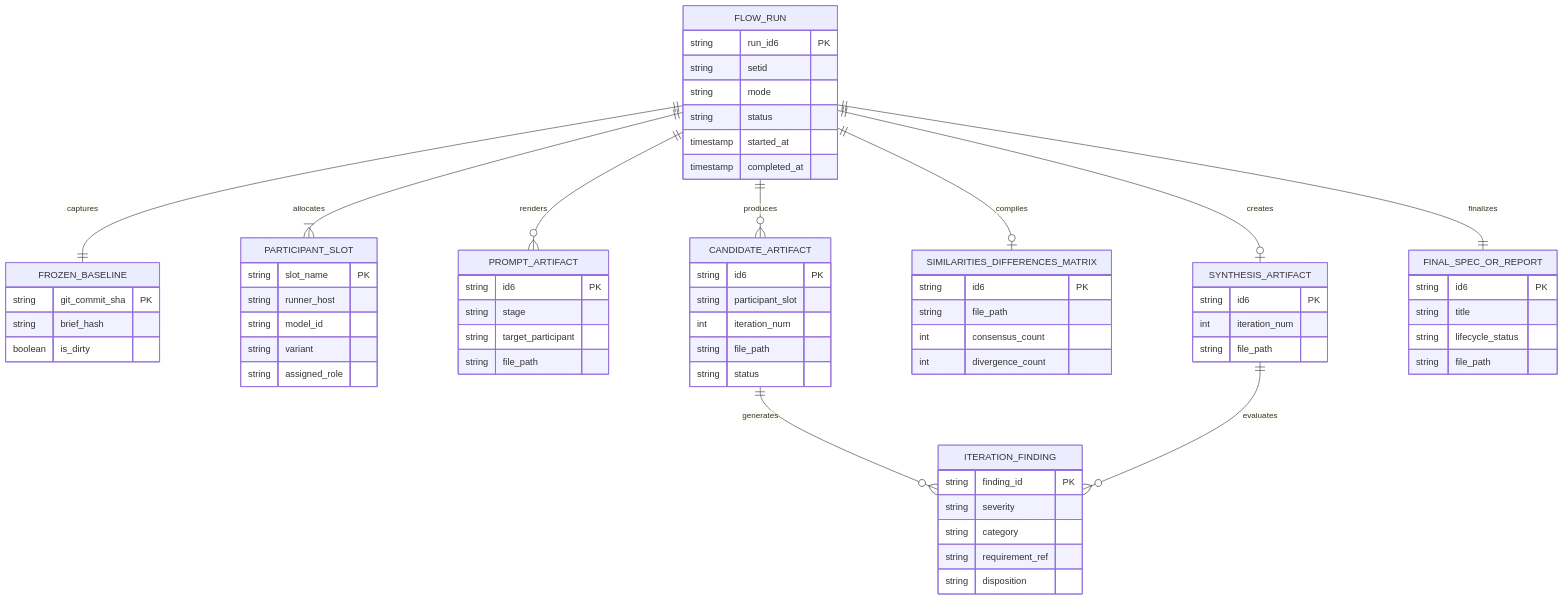
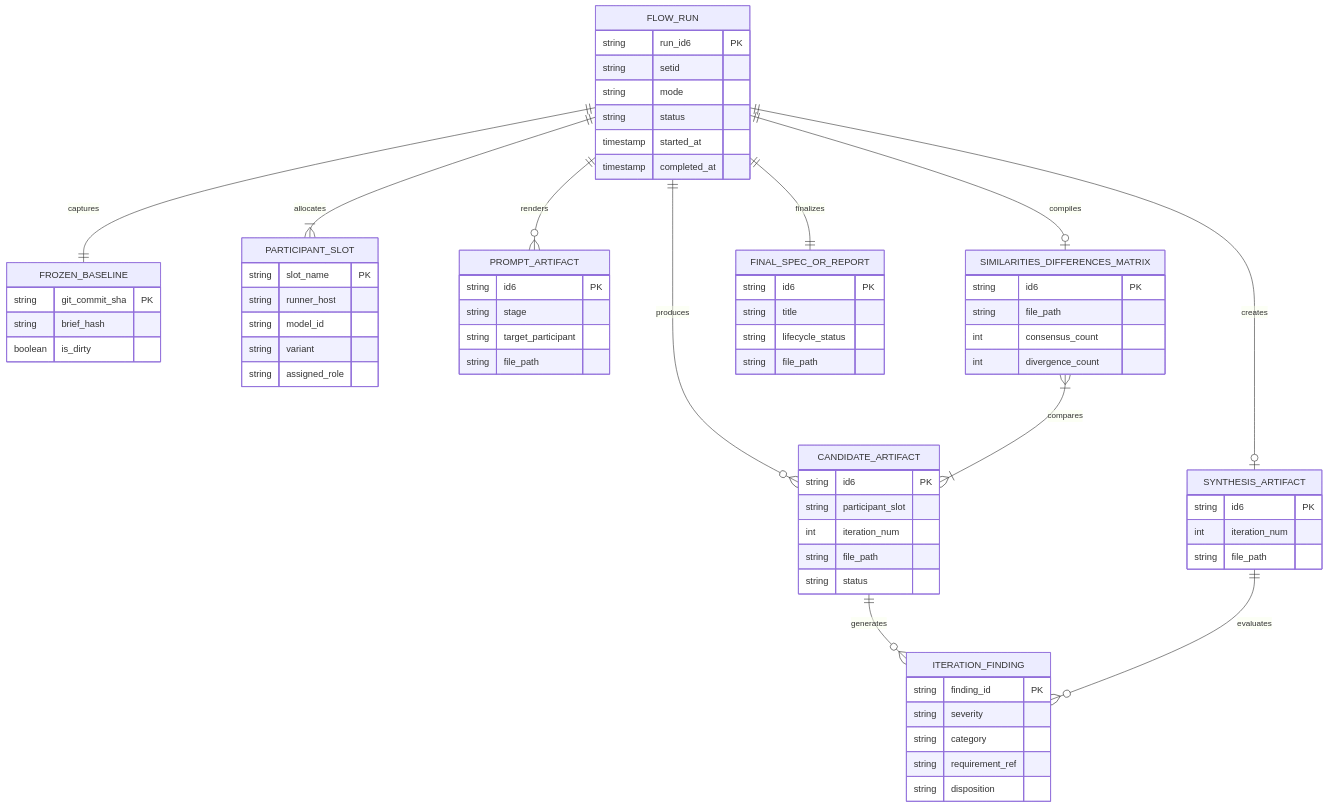
Before and after one commit to fariello/agent-workflows: the first of 4 diagrams in .aw/records/specs/draft/20261024-specflow-01-18hh1u-spec-research-synthesis.spec.md, drawn with Mermaid. The commit also changed other lines of this file and 1 other file, not shown here.

First line of the commit message:
docs(specs): refine candidate spec 18hh1u per adversarial review v5fjwb

````diff
--- a/.aw/records/specs/draft/20261024-specflow-01-18hh1u-spec-research-synthesis.spec.md
+++ b/.aw/records/specs/draft/20261024-specflow-01-18hh1u-spec-research-synthesis.spec.md
@@ -374,78 +397,79 @@
 ```mermaid
 erDiagram
     FLOW_RUN ||--|| FROZEN_BASELINE : captures
     FLOW_RUN ||--|{ PARTICIPANT_SLOT : allocates
     FLOW_RUN ||--o{ PROMPT_ARTIFACT : renders
     FLOW_RUN ||--o{ CANDIDATE_ARTIFACT : produces
     CANDIDATE_ARTIFACT ||--o{ ITERATION_FINDING : generates
     FLOW_RUN ||--o| SIMILARITIES_DIFFERENCES_MATRIX : compiles
+    SIMILARITIES_DIFFERENCES_MATRIX }|--|{ CANDIDATE_ARTIFACT : compares
     FLOW_RUN ||--o| SYNTHESIS_ARTIFACT : creates
     SYNTHESIS_ARTIFACT ||--o{ ITERATION_FINDING : evaluates
     FLOW_RUN ||--|| FINAL_SPEC_OR_REPORT : finalizes
 
     FLOW_RUN {
         string run_id6 PK
         string setid
         string mode
         string status
         timestamp started_at
         timestamp completed_at
     }
 
     FROZEN_BASELINE {
         string git_commit_sha PK
         string brief_hash
         boolean is_dirty
     }
 
     PARTICIPANT_SLOT {
         string slot_name PK
         string runner_host
         string model_id
         string variant
         string assigned_role
     }
 
     PROMPT_ARTIFACT {
         string id6 PK
         string stage
         string target_participant
         string file_path
     }
 
     CANDIDATE_ARTIFACT {
         string id6 PK
         string participant_slot
         int iteration_num
         string file_path
         string status
     }
 
     ITERATION_FINDING {
         string finding_id PK
         string severity
         string category
         string requirement_ref
         string disposition
     }
 
     SIMILARITIES_DIFFERENCES_MATRIX {
         string id6 PK
         string file_path
         int consensus_count
         int divergence_count
     }
 
     SYNTHESIS_ARTIFACT {
         string id6 PK
         int iteration_num
         string file_path
     }
 
     FINAL_SPEC_OR_REPORT {
         string id6 PK
         string title
         string lifecycle_status
         string file_path
     }
 ```
````
